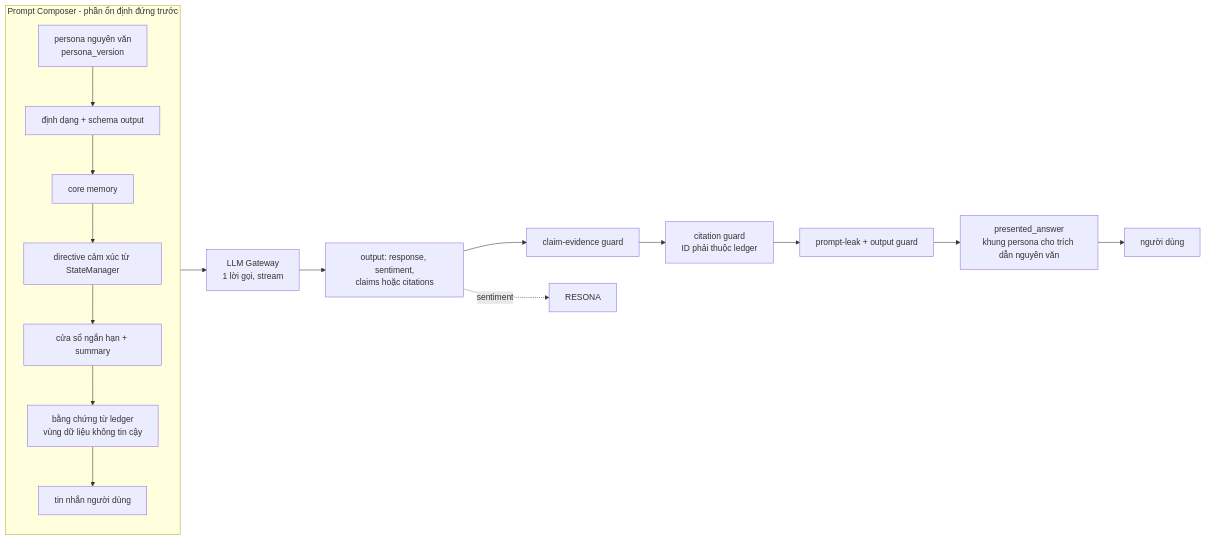
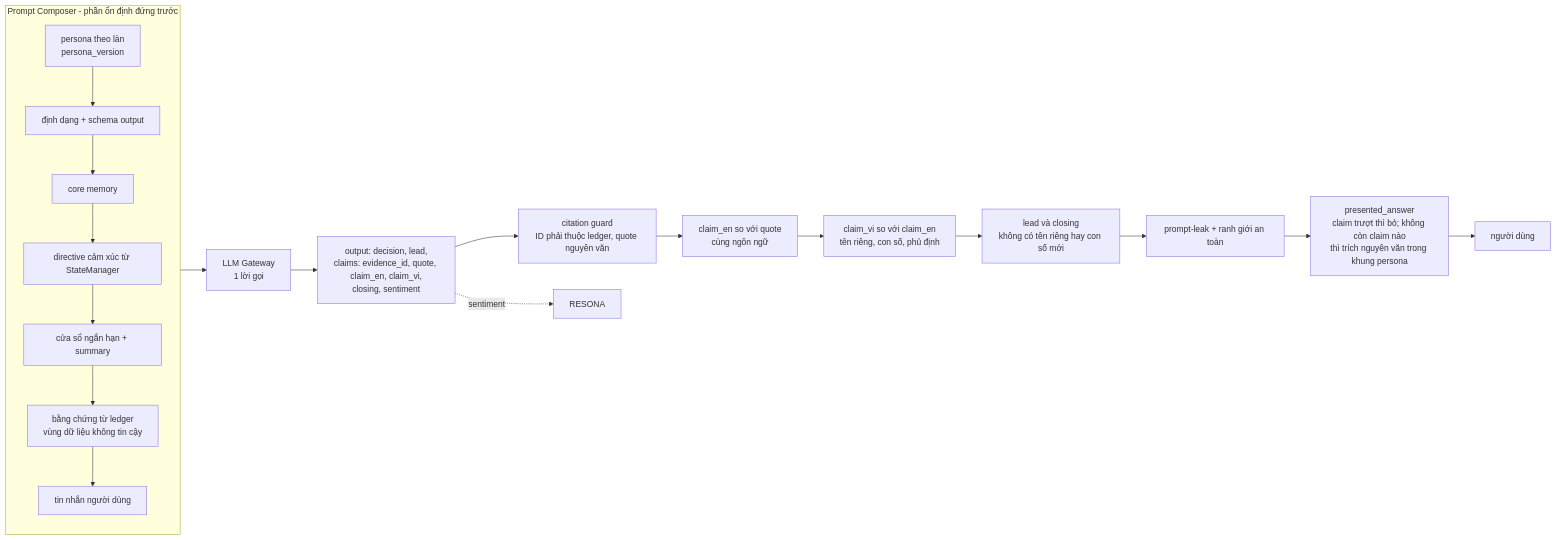
Before and after one commit to HoanBuCon/Kuchiba-Chisa: diagram 11 of 23 in docs/SRS_Chisa_v2_Advanced_Agentic_RAG.md, drawn with Mermaid. The commit also changed other lines of this file and 2 other files, not shown here.

First line of the commit message:
docs(srs): align the SRS with the researched architecture (v2.3.0)

````diff
--- a/docs/SRS_Chisa_v2_Advanced_Agentic_RAG.md
+++ b/docs/SRS_Chisa_v2_Advanced_Agentic_RAG.md
@@ -531,19 +539,21 @@
 ```mermaid
 flowchart LR
   subgraph PR["Prompt Composer - phần ổn định đứng trước"]
-    P1["persona nguyên văn<br/>persona_version"] --> P2["định dạng + schema output"]
+    P1["persona theo làn<br/>persona_version"] --> P2["định dạng + schema output"]
     P2 --> P3["core memory"]
     P3 --> P4["directive cảm xúc từ StateManager"]
     P4 --> P5["cửa sổ ngắn hạn + summary"]
     P5 --> P6["bằng chứng từ ledger<br/>vùng dữ liệu không tin cậy"]
     P6 --> P7["tin nhắn người dùng"]
   end
-  PR --> LLM["LLM Gateway<br/>1 lời gọi, stream"]
-  LLM --> OJ["output: response, sentiment,<br/>claims hoặc citations"]
-  OJ --> CG["claim-evidence guard"]
-  CG --> CI["citation guard<br/>ID phải thuộc ledger"]
-  CI --> OG["prompt-leak + output guard"]
-  OG --> PA["presented_answer<br/>khung persona cho trích dẫn nguyên văn"]
+  PR --> LLM["LLM Gateway<br/>1 lời gọi"]
+  LLM --> OJ["output: decision, lead,<br/>claims: evidence_id, quote, claim_en, claim_vi,<br/>closing, sentiment"]
+  OJ --> CI["citation guard<br/>ID phải thuộc ledger, quote nguyên văn"]
+  CI --> CG["claim_en so với quote<br/>cùng ngôn ngữ"]
+  CG --> CV["claim_vi so với claim_en<br/>tên riêng, con số, phủ định"]
+  CV --> LD["lead và closing<br/>không có tên riêng hay con số mới"]
+  LD --> OG["prompt-leak + ranh giới an toàn"]
+  OG --> PA["presented_answer<br/>claim trượt thì bỏ; không còn claim nào<br/>thì trích nguyên văn trong khung persona"]
   PA --> USR["người dùng"]
   OJ -. sentiment .-> RES["RESONA"]
 ```
````
